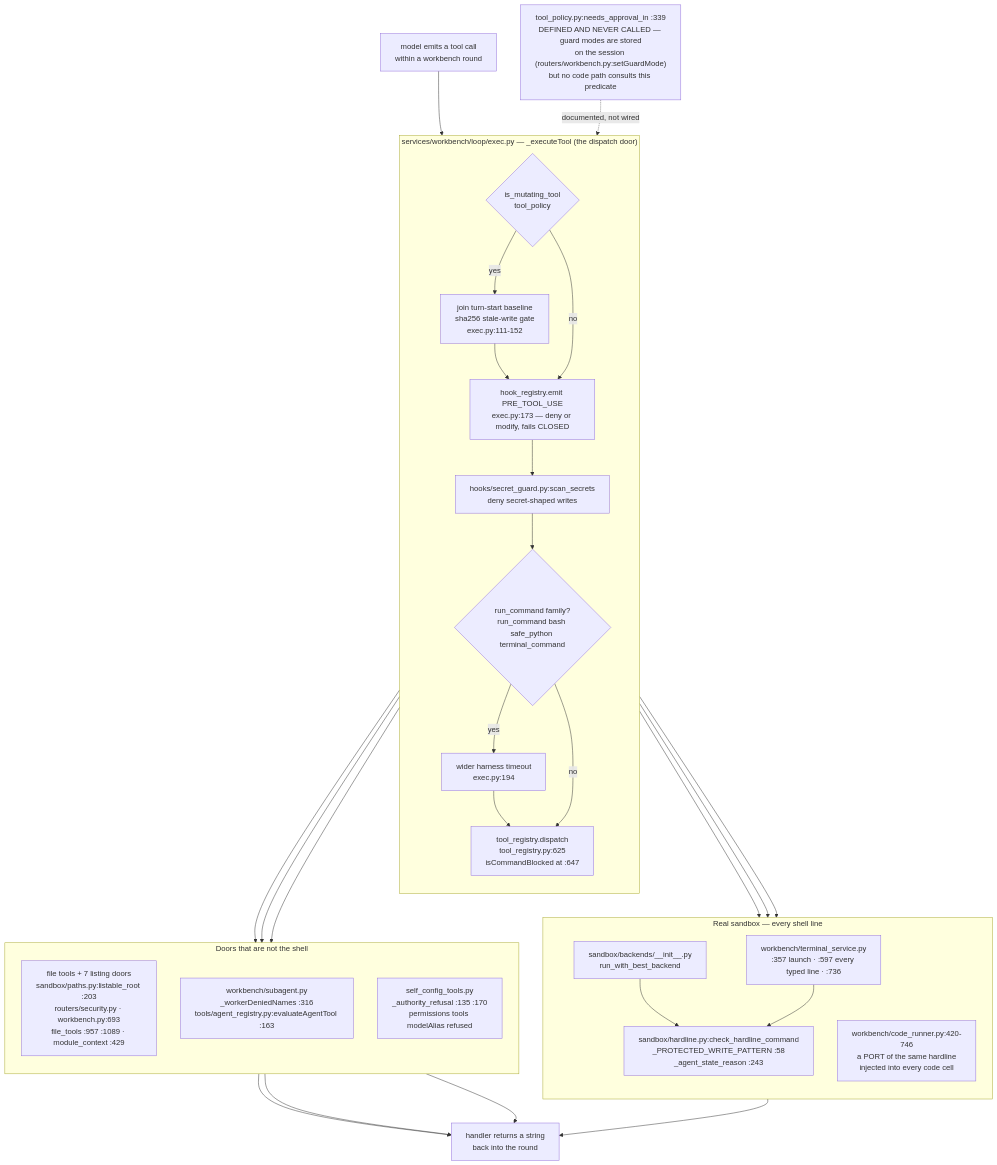
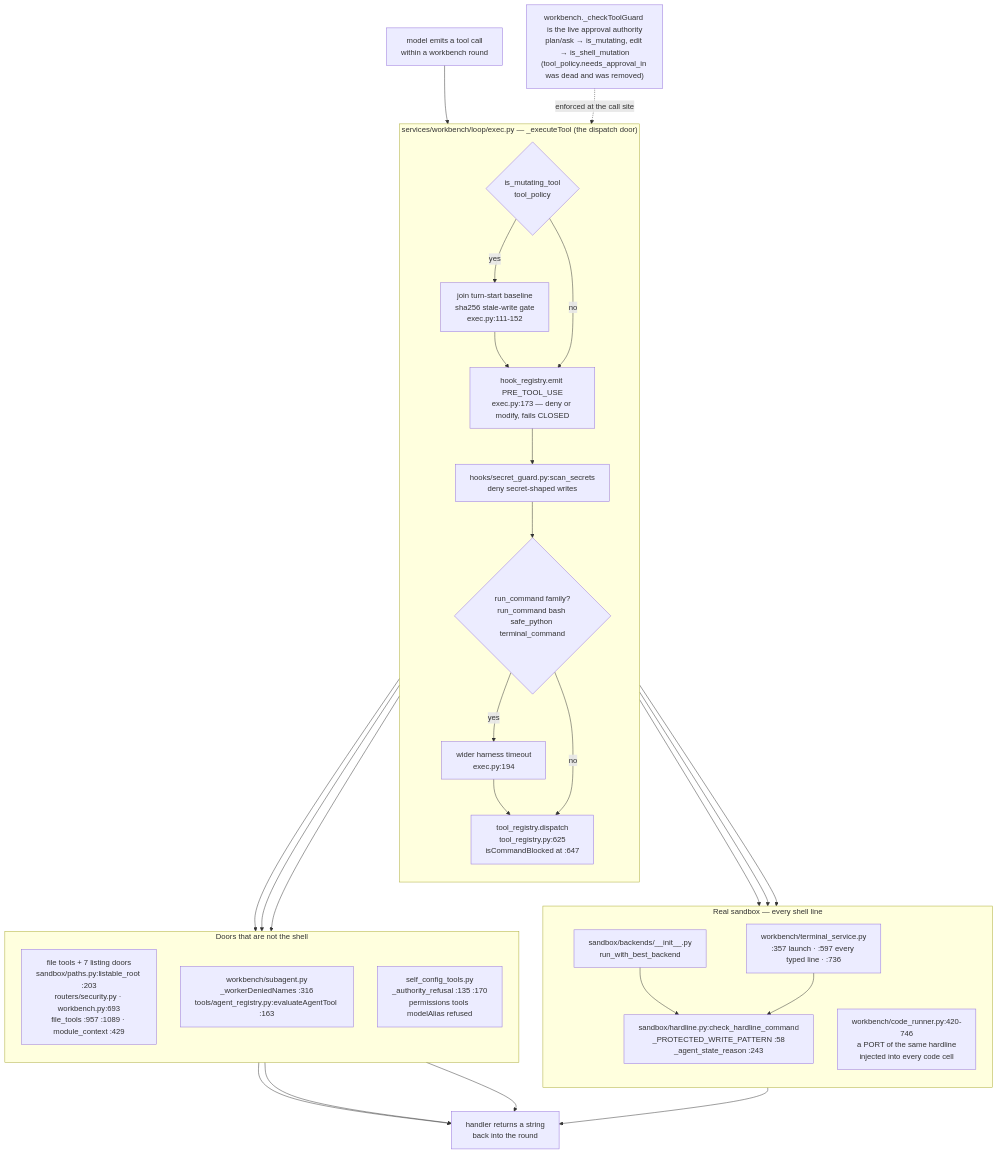
The third of 5 diagrams in docs/ARCHITECTURE_FLOW.md (KILLER3UG/august-proxy), drawn with Mermaid before and after one commit. The commit also changed other lines of this file and 100 other files, not shown here.

````diff
--- a/docs/ARCHITECTURE_FLOW.md
+++ b/docs/ARCHITECTURE_FLOW.md
@@ -139,52 +139,52 @@
 ```mermaid
 flowchart TB
   MODEL["model emits a tool call<br/>within a workbench round"]
 
   subgraph exec["services/workbench/loop/exec.py — _executeTool (the dispatch door)"]
     direction TB
     MUT{"is_mutating_tool<br/>tool_policy"}
     STALE["join turn-start baseline<br/>sha256 stale-write gate<br/>exec.py:111-152"]
     HOOKS["hook_registry.emit PRE_TOOL_USE<br/>exec.py:173 — deny or modify, fails CLOSED"]
     SECRET["hooks/secret_guard.py:scan_secrets<br/>deny secret-shaped writes"]
     FAM{"run_command family?<br/>run_command bash safe_python terminal_command"}
     GRACE["wider harness timeout<br/>exec.py:194"]
     DISP["tool_registry.dispatch<br/>tool_registry.py:625<br/>isCommandBlocked at :647"]
   end
 
   subgraph sandbox["Real sandbox — every shell line"]
     direction TB
     RB["sandbox/backends/__init__.py<br/>run_with_best_backend"]
     HL["sandbox/hardline.py:check_hardline_command<br/>_PROTECTED_WRITE_PATTERN :58<br/>_agent_state_reason :243"]
     TERM["workbench/terminal_service.py<br/>:357 launch · :597 every typed line · :736"]
     CODERUN["workbench/code_runner.py:420-746<br/>a PORT of the same hardline<br/>injected into every code cell"]
   end
 
   subgraph doors["Doors that are not the shell"]
     direction TB
     FILES["file tools + 7 listing doors<br/>sandbox/paths.py:listable_root :203<br/>routers/security.py · workbench.py:693<br/>file_tools :957 :1089 · module_context :429"]
     SUB["workbench/subagent.py<br/>_workerDeniedNames :316<br/>tools/agent_registry.py:evaluateAgentTool :163"]
     SELFCFG["self_config_tools.py<br/>_authority_refusal :135 :170<br/>permissions tools modelAlias refused"]
   end
 
   RESULT["handler returns a string<br/>back into the round"]
 
   MODEL --> MUT
   MUT -->|"yes"| STALE --> HOOKS
   MUT -->|"no"| HOOKS
   HOOKS --> SECRET --> FAM
   FAM -->|"yes"| GRACE --> DISP
   FAM -->|"no"| DISP
   DISP --> RB --> HL
   DISP --> TERM --> HL
   DISP --> CODERUN
   DISP --> FILES
   DISP --> SUB
   DISP --> SELFCFG
   RB --> RESULT
   FILES --> RESULT
   SUB --> RESULT
   SELFCFG --> RESULT
 
-  NOWIRE["tool_policy.py:needs_approval_in :339<br/>DEFINED AND NEVER CALLED — guard modes are stored<br/>on the session (routers/workbench.py:setGuardMode)<br/>but no code path consults this predicate"]
-  NOWIRE -.->|"documented, not wired"| DISP
+  NOWIRE["workbench._checkToolGuard is the live approval authority<br/>plan/ask → is_mutating, edit → is_shell_mutation<br/>(tool_policy.needs_approval_in was dead and was removed)"]
+  NOWIRE -.->|"enforced at the call site"| DISP
 ```
````
